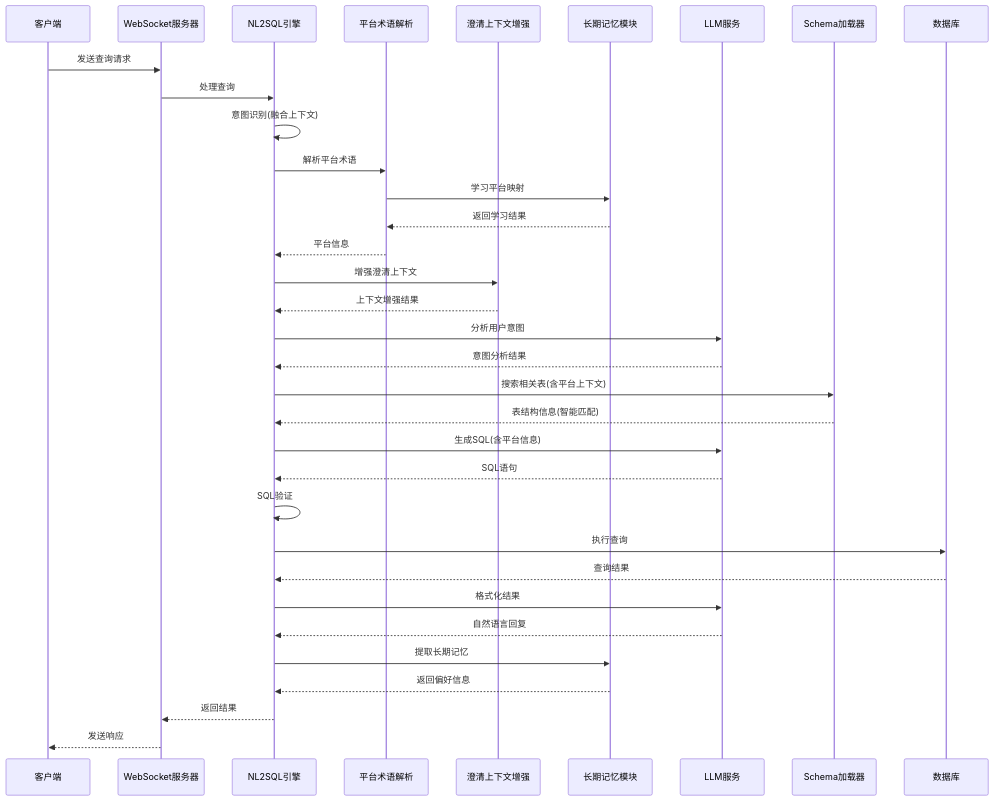
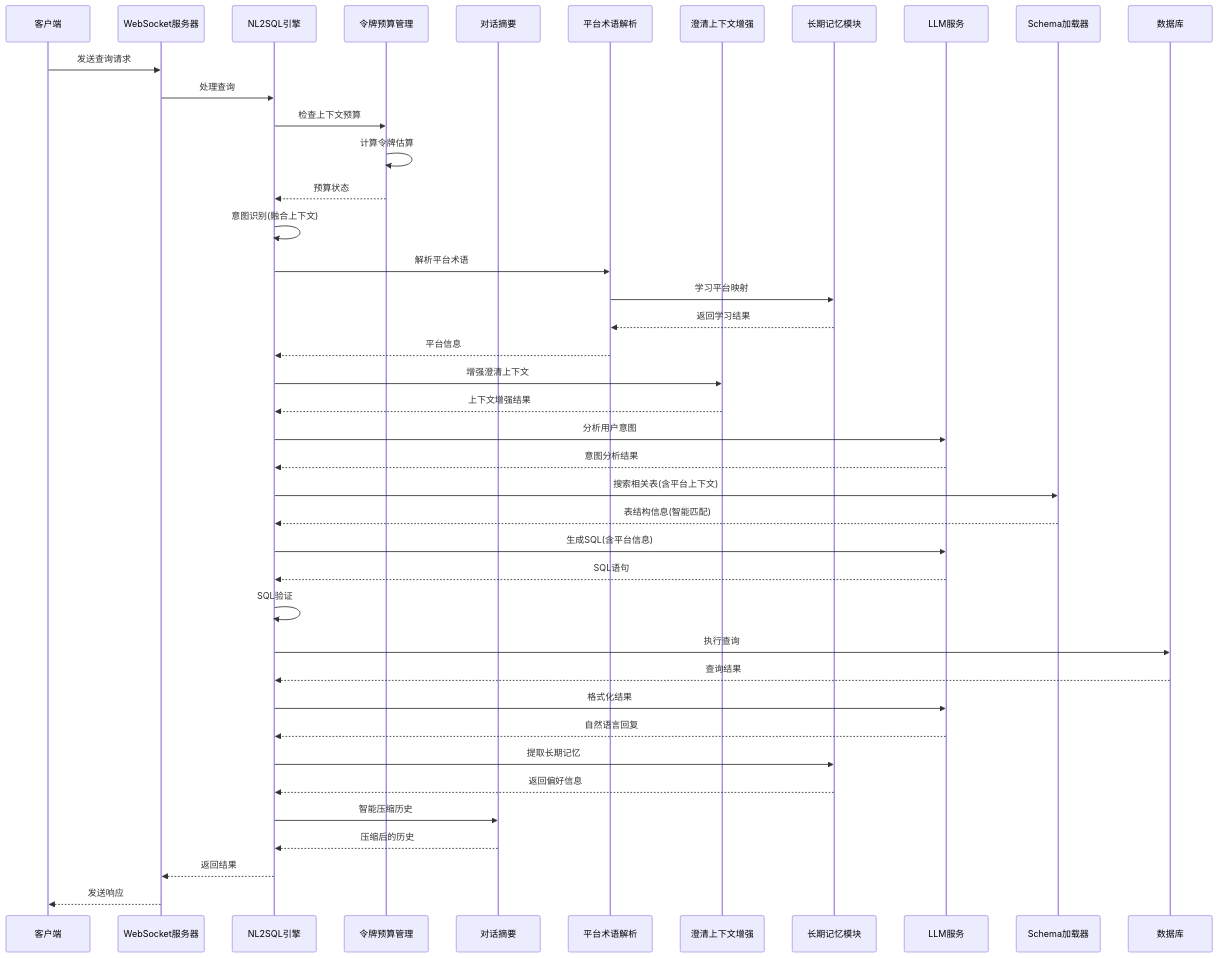
The third of 22 diagrams in .qoder/repowiki/zh/content/核心模块详解/NL2SQL自然语言到SQL系统/NL2SQL自然语言到SQL系统.md (HanHuiOnLine/724-office), drawn with Mermaid before and after one commit. The commit also changed other lines of this file and 10 other files, not shown here.

````diff
--- a/.qoder/repowiki/zh/content/核心模块详解/NL2SQL自然语言到SQL系统/NL2SQL自然语言到SQL系统.md
+++ b/.qoder/repowiki/zh/content/核心模块详解/NL2SQL自然语言到SQL系统/NL2SQL自然语言到SQL系统.md
@@ -293,36 +322,43 @@
 ```mermaid
 sequenceDiagram
 participant Client as 客户端
 participant WS as WebSocket服务器
 participant Engine as NL2SQL引擎
+participant Budget as 令牌预算管理
+participant Summarize as 对话摘要
 participant Platform as 平台术语解析
 participant Context as 澄清上下文增强
 participant Memory as 长期记忆模块
 participant LLM as LLM服务
 participant Schema as Schema加载器
 participant DB as 数据库
 Client->>WS : 发送查询请求
 WS->>Engine : 处理查询
+Engine->>Budget : 检查上下文预算
+Budget->>Budget : 计算令牌估算
+Budget-->>Engine : 预算状态
 Engine->>Engine : 意图识别(融合上下文)
 Engine->>Platform : 解析平台术语
 Platform->>Memory : 学习平台映射
 Memory-->>Platform : 返回学习结果
 Platform-->>Engine : 平台信息
 Engine->>Context : 增强澄清上下文
 Context-->>Engine : 上下文增强结果
 Engine->>LLM : 分析用户意图
 LLM-->>Engine : 意图分析结果
 Engine->>Schema : 搜索相关表(含平台上下文)
 Schema-->>Engine : 表结构信息(智能匹配)
 Engine->>LLM : 生成SQL(含平台信息)
 LLM-->>Engine : SQL语句
 Engine->>Engine : SQL验证
 Engine->>DB : 执行查询
 DB-->>Engine : 查询结果
 Engine->>LLM : 格式化结果
 LLM-->>Engine : 自然语言回复
 Engine->>Memory : 提取长期记忆
 Memory-->>Engine : 返回偏好信息
+Engine->>Summarize : 智能压缩历史
+Summarize-->>Engine : 压缩后的历史
 Engine-->>WS : 返回结果
 WS-->>Client : 发送响应
 ```
````
